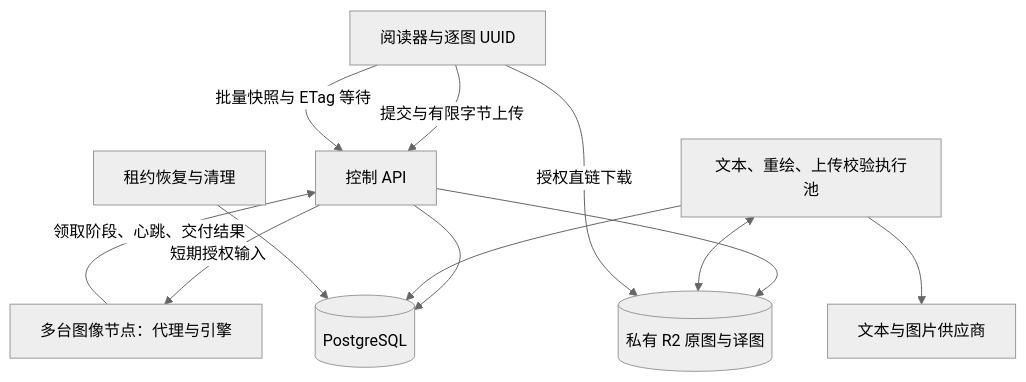
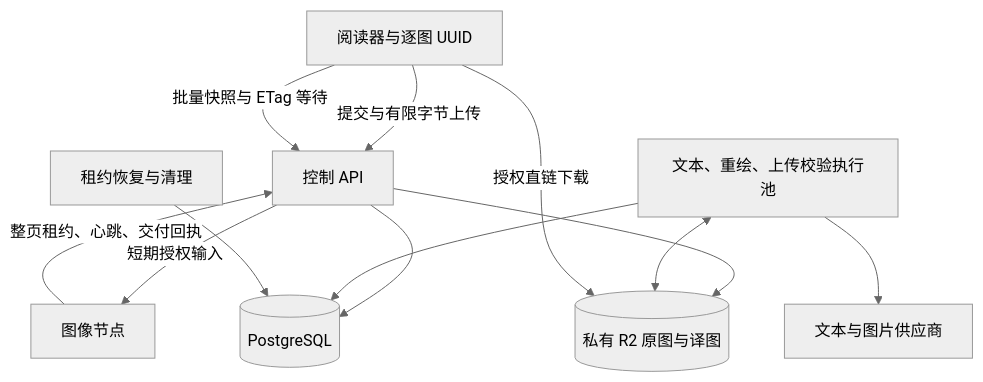
The first of 2 diagrams in docs/TRANSLATION_CLUSTER_DESIGN.md (Wy2926/node-comics), drawn with Mermaid (neutral theme) before and after one commit. The commit also changed other lines of this file and 73 other files, not shown here.

````diff
--- a/docs/TRANSLATION_CLUSTER_DESIGN.md
+++ b/docs/TRANSLATION_CLUSTER_DESIGN.md
@@ -25,14 +25,14 @@
 ```mermaid
 flowchart TB
   Reader[阅读器与逐图 UUID] -->|提交与有限字节上传| API[控制 API]
   Reader -->|批量快照与 ETag 等待| API
   API --> DB[(PostgreSQL)]
   API --> R2[(私有 R2 原图与译图)]
-  Nodes[多台图像节点：代理与引擎] -->|领取阶段、心跳、交付结果| API
+  Nodes[图像节点] -->|整页租约、心跳、交付回执| API
   API -->|短期授权输入| Nodes
   Control[文本、重绘、上传校验执行池] --> DB
   Control <--> R2
   Control --> Providers[文本与图片供应商]
   Reader -->|授权直链下载| R2
   Maintenance[租约恢复与清理] --> DB
 ```
````
